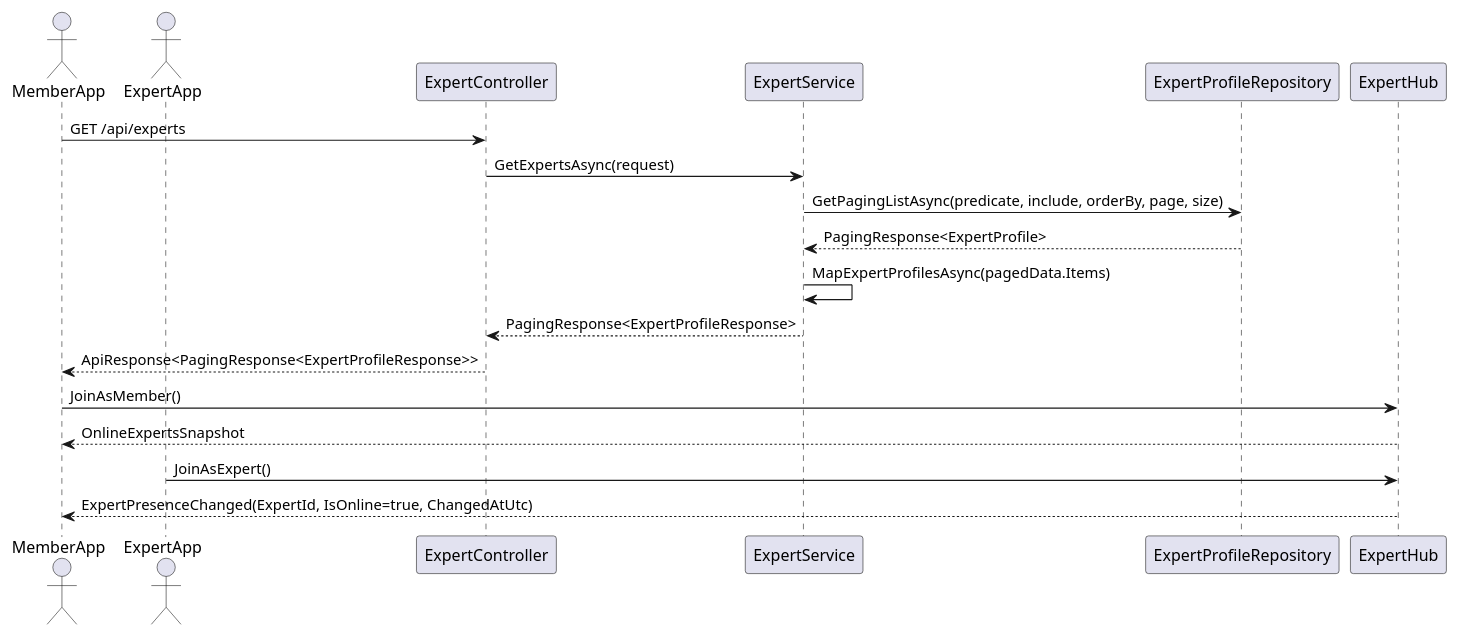
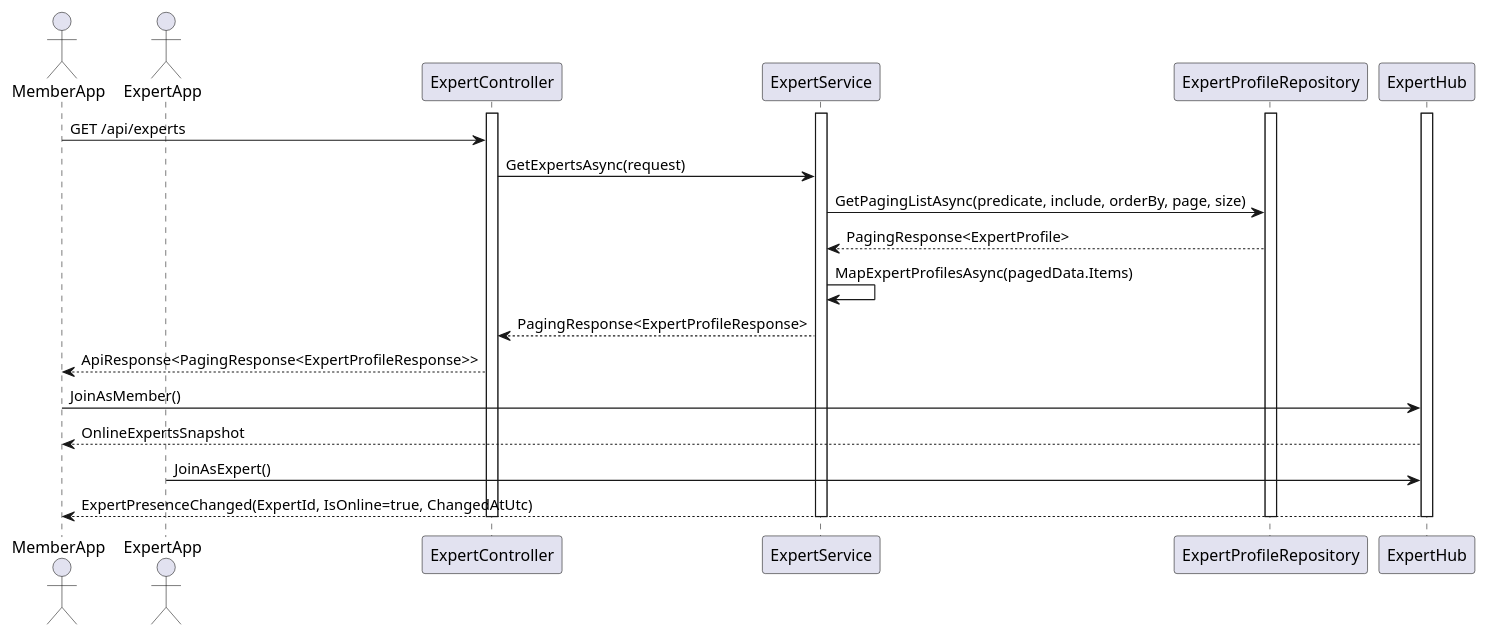
One commit to Snake-AID/SnakeAid.Docs changed the fourth of 16 diagrams in Docs/11-SoftwareDocument/Report 5/SnakeAid Report4_Software Design Document.docx.md. Above: the diagram before and after it, drawn with PlantUML. The commit also changed other lines of this file, not shown here.

Commit message:
docs(sequence-diagrams): enhance activation and deactivation sequences for consultation services

````diff
--- a/Docs/11-SoftwareDocument/Report 5/SnakeAid Report4_Software Design Document.docx.md
+++ b/Docs/11-SoftwareDocument/Report 5/SnakeAid Report4_Software Design Document.docx.md
@@ -714,24 +714,32 @@
 ```plantuml
 @startuml
 actor MemberApp
 actor ExpertApp
 participant ExpertController
 participant ExpertService
 participant ExpertProfileRepository
 participant ExpertHub
+activate ExpertController
+activate ExpertService
+activate ExpertProfileRepository
+activate ExpertHub
 
 MemberApp -> ExpertController: GET /api/experts
 ExpertController -> ExpertService: GetExpertsAsync(request)
 ExpertService -> ExpertProfileRepository: GetPagingListAsync(predicate, include, orderBy, page, size)
 ExpertProfileRepository --> ExpertService: PagingResponse<ExpertProfile>
 ExpertService -> ExpertService: MapExpertProfilesAsync(pagedData.Items)
 ExpertService --> ExpertController: PagingResponse<ExpertProfileResponse>
 ExpertController --> MemberApp: ApiResponse<PagingResponse<ExpertProfileResponse>>
 
 MemberApp -> ExpertHub: JoinAsMember()
 ExpertHub --> MemberApp: OnlineExpertsSnapshot
 
 ExpertApp -> ExpertHub: JoinAsExpert()
 ExpertHub --> MemberApp: ExpertPresenceChanged(ExpertId, IsOnline=true, ChangedAtUtc)
+deactivate ExpertHub
+deactivate ExpertProfileRepository
+deactivate ExpertService
+deactivate ExpertController
 @enduml
 ```
````
